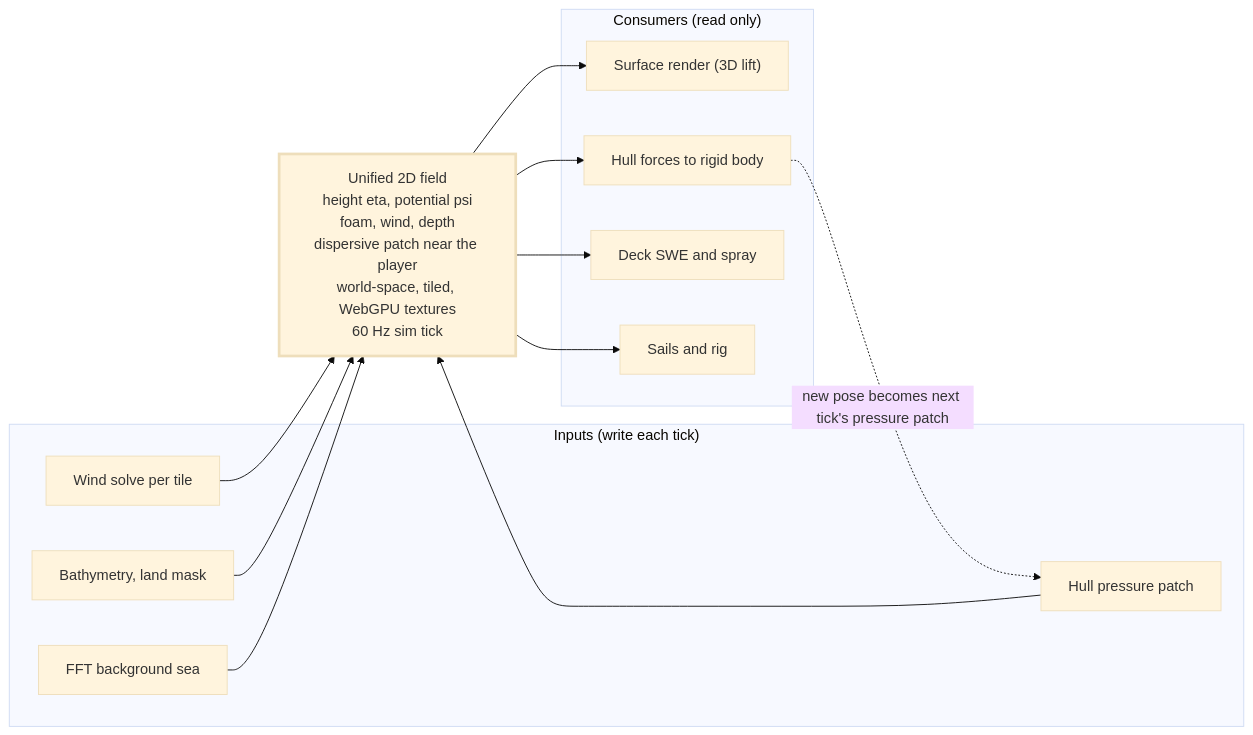
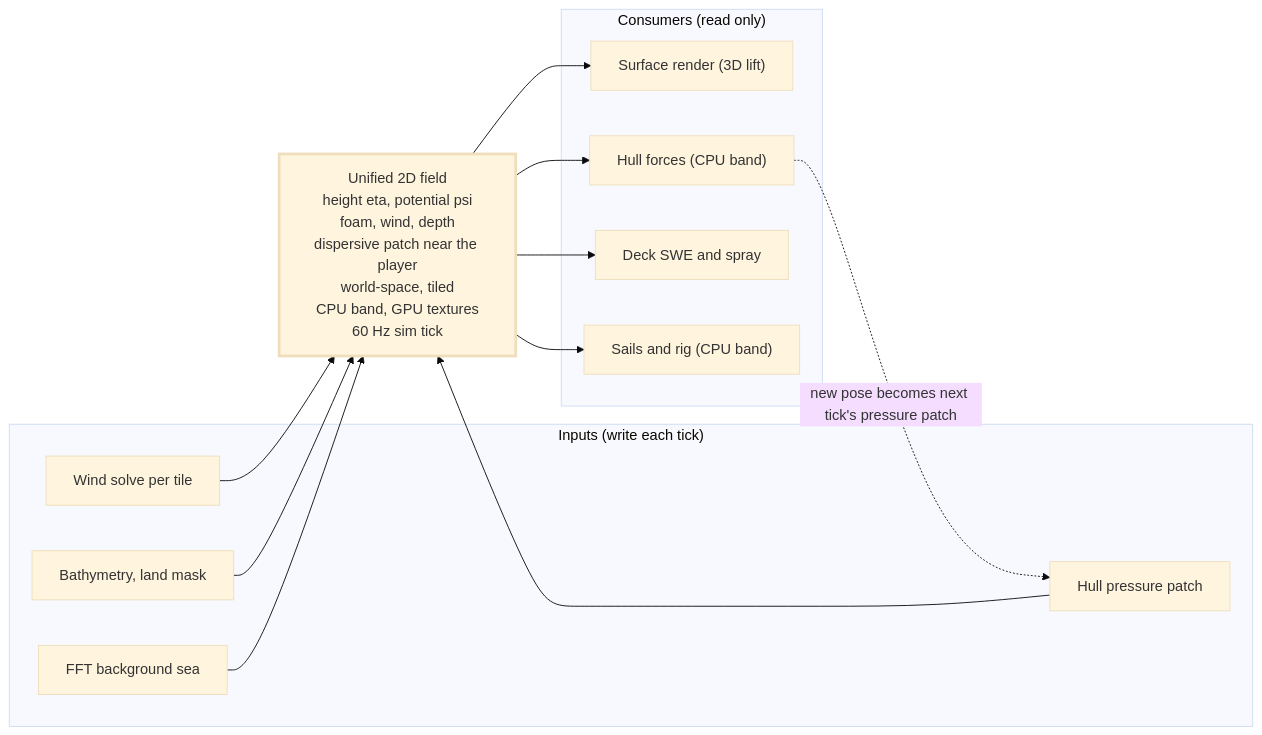
One commit to nipatiitti/luovi changed the diagram in docs/intention/01-ocean.md. Above: the diagram before and after it, drawn with Mermaid (base theme). The commit also changed other lines of this file and 7 other files, not shown here.

````diff
--- a/docs/intention/01-ocean.md
+++ b/docs/intention/01-ocean.md
@@ -15,26 +15,26 @@
 ```mermaid
 flowchart LR
     subgraph inputs["Inputs (write each tick)"]
         wind["Wind solve per tile"]
         bathy["Bathymetry, land mask"]
         fft["FFT background sea"]
         hull["Hull pressure patch"]
     end
-    field["Unified 2D field<br/>height eta, potential psi<br/>foam, wind, depth<br/>dispersive patch near the player<br/>world-space, tiled, WebGPU textures<br/>60 Hz sim tick"]
+    field["Unified 2D field<br/>height eta, potential psi<br/>foam, wind, depth<br/>dispersive patch near the player<br/>world-space, tiled<br/>CPU band, GPU textures<br/>60 Hz sim tick"]
     subgraph consumers["Consumers (read only)"]
         render["Surface render (3D lift)"]
-        forces["Hull forces to rigid body"]
+        forces["Hull forces (CPU band)"]
         deck["Deck SWE and spray"]
-        sails["Sails and rig"]
+        sails["Sails and rig (CPU band)"]
     end
     wind --> field
     bathy --> field
     fft --> field
     hull --> field
     field --> render
     field --> forces
     field --> deck
     field --> sails
     forces -. "new pose becomes next tick's pressure patch" .-> hull
     style field stroke-width:3px
 ```
````
